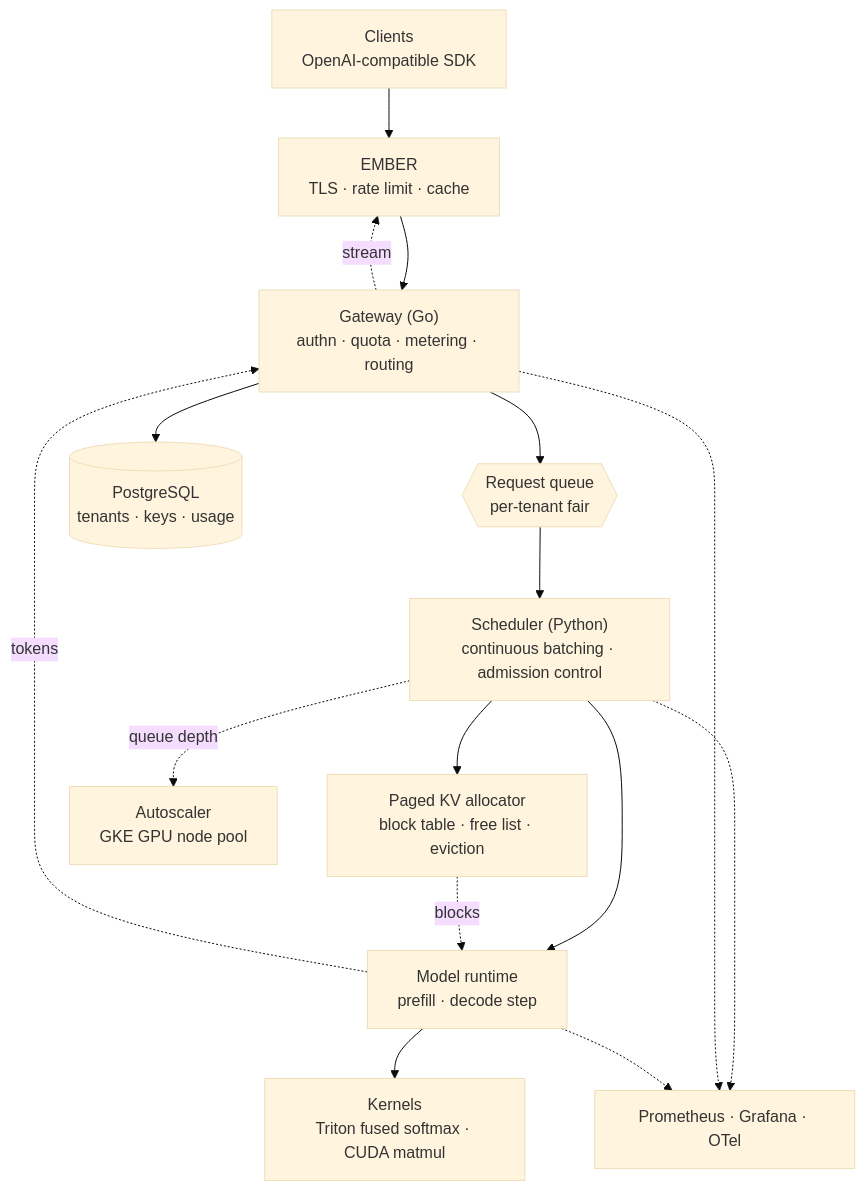
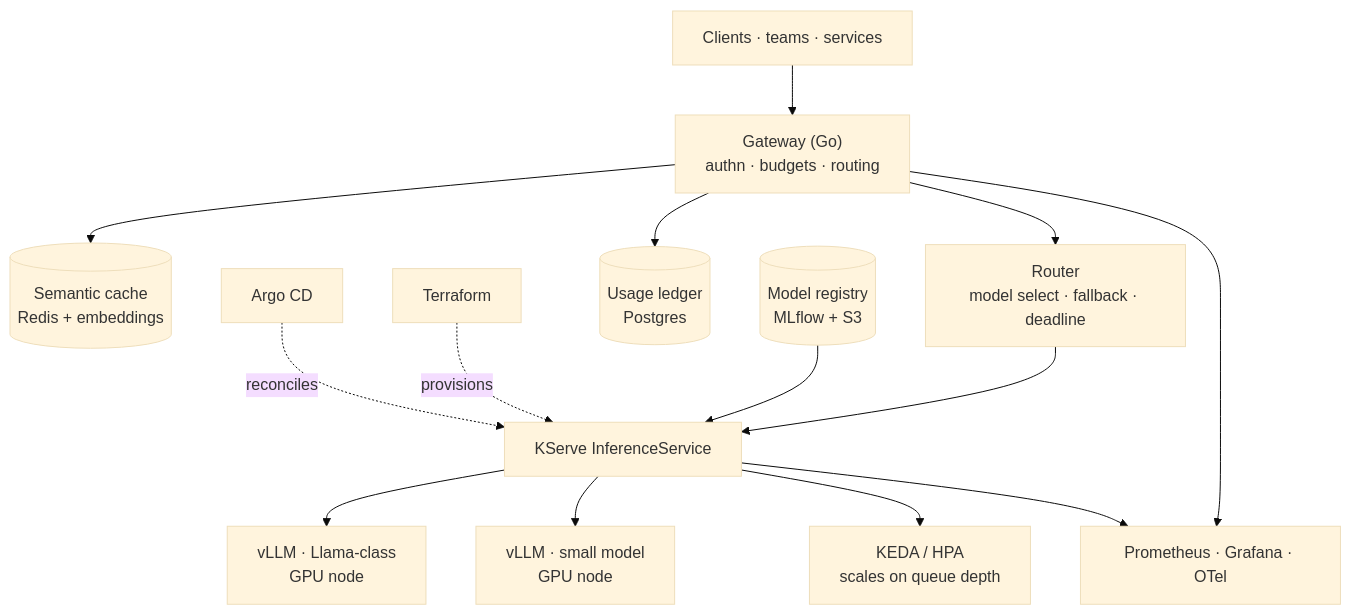
The diagram in README.md (nickemma/tessera), drawn with Mermaid (base theme) before and after one commit. The commit also changed other lines of this file and 3 other files, not shown here.

````diff
--- a/README.md
+++ b/README.md
@@ -80,20 +61,20 @@
 ```mermaid
 flowchart TB
-    CL["Clients<br/>OpenAI-compatible SDK"] --> EM["EMBER<br/>TLS · rate limit · cache"]
-    EM --> GW["Gateway (Go)<br/>authn · quota · metering · routing"]
+    C["Clients · teams · services"] --> GW["Gateway (Go)<br/>authn · budgets · routing"]
+    GW --> CACHE[("Semantic cache<br/>Redis + embeddings")]
+    GW --> ROUTE["Router<br/>model select · fallback · deadline"]
 
-    GW --> QU{{"Request queue<br/>per-tenant fair"}}
-    QU --> SCH["Scheduler (Python)<br/>continuous batching · admission control"]
+    ROUTE --> KS["KServe InferenceService"]
+    KS --> V1["vLLM · Llama-class<br/>GPU node"]
+    KS --> V2["vLLM · small model<br/>GPU node"]
 
-    SCH --> KV["Paged KV allocator<br/>block table · free list · eviction"]
-    SCH --> RT["Model runtime<br/>prefill · decode step"]
-    KV -.blocks.-> RT
-    RT --> KER["Kernels<br/>Triton fused softmax · CUDA matmul"]
+    REG[("Model registry<br/>MLflow + S3")] --> KS
+    KS --> HPA["KEDA / HPA<br/>scales on queue depth"]
 
-    RT -.tokens.-> GW
-    GW -.stream.-> EM
+    GW --> OBS["Prometheus · Grafana · OTel"]
+    KS --> OBS
+    GW --> BILL[("Usage ledger<br/>Postgres")]
 
-    GW --> PG[("PostgreSQL<br/>tenants · keys · usage")]
-    SCH -.queue depth.-> AS["Autoscaler<br/>GKE GPU node pool"]
-    SCH & GW & RT -.-> OBS["Prometheus · Grafana · OTel"]
+    TF["Terraform"] -.provisions.-> KS
+    ARGO["Argo CD"] -.reconciles.-> KS
 ```
````
